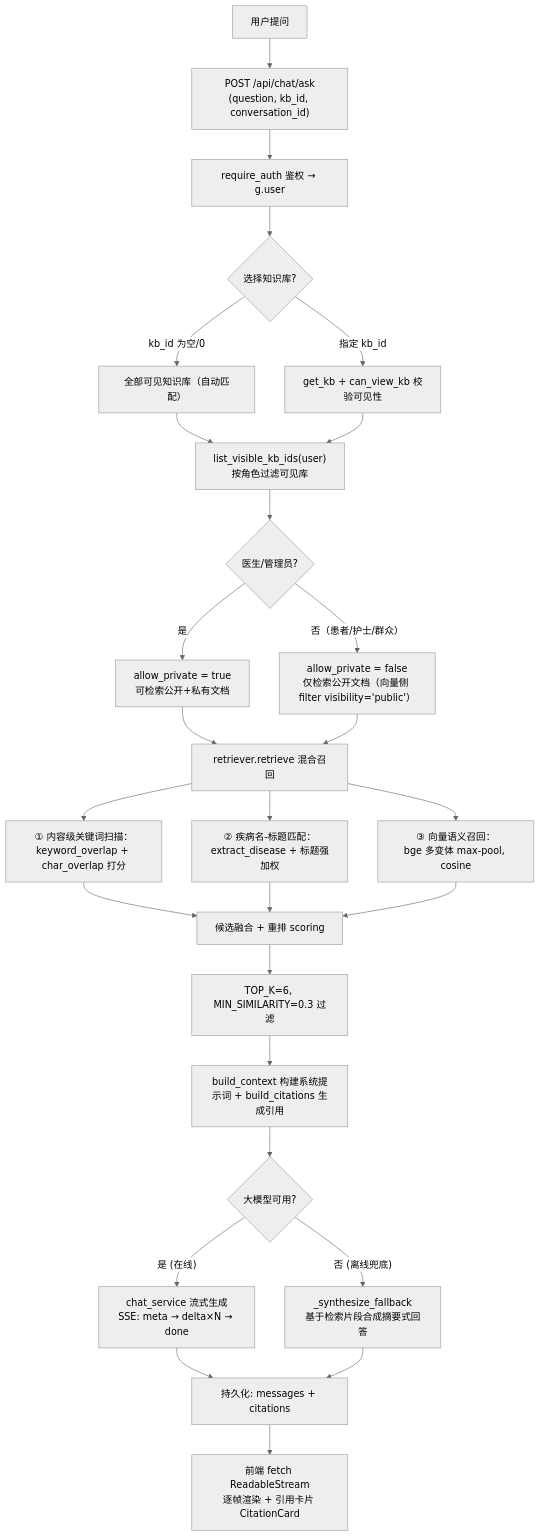
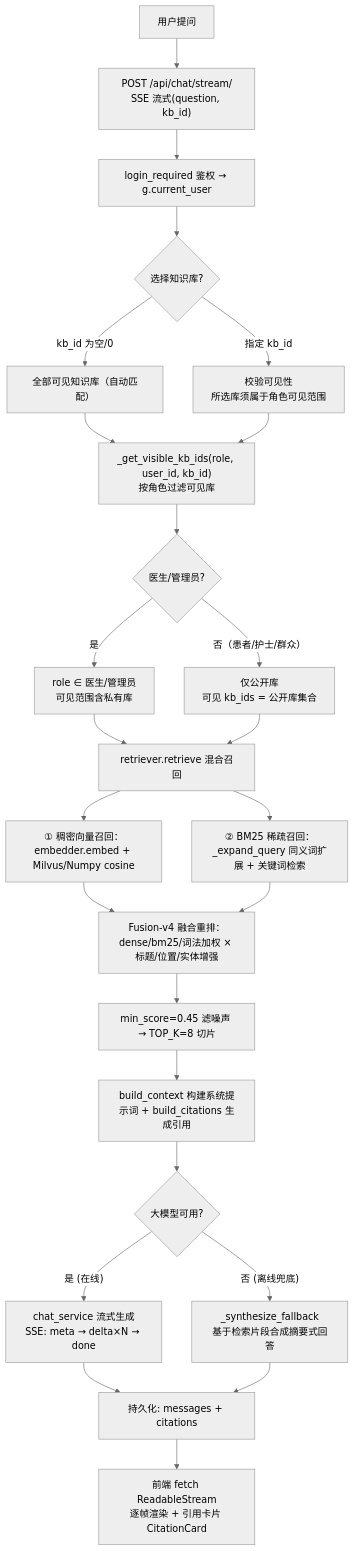
Before and after one commit to SFANBLOG/medical-assistant-master: the third of 9 diagrams in 面试准备/项目架构图与流程图.md, drawn with Mermaid (neutral theme). The commit also changed other lines of this file and 3 other files, not shown here.

````diff
--- a/面试准备/项目架构图与流程图.md
+++ b/面试准备/项目架构图与流程图.md
@@ -147,29 +148,27 @@
 ```mermaid
 flowchart TD
-    U["用户提问"] --> A["POST /api/chat/ask<br/>(question, kb_id, conversation_id)"]
-    A --> B["require_auth 鉴权 → g.user"]
+    U["用户提问"] --> A["POST /api/chat/stream/<conv_id><br/>SSE 流式(question, kb_id)"]
+    A --> B["login_required 鉴权 → g.current_user"]
     B --> C{"选择知识库?"}
     C -- " kb_id 为空/0 " --> D["全部可见知识库（自动匹配）"]
-    C -- " 指定 kb_id " --> D2["get_kb + can_view_kb 校验可见性"]
-    D --> E["list_visible_kb_ids(user)<br/>按角色过滤可见库"]
+    C -- " 指定 kb_id " --> D2["校验可见性<br/>所选库须属于角色可见范围"]
+    D --> E["_get_visible_kb_ids(role, user_id, kb_id)<br/>按角色过滤可见库"]
     D2 --> E
     E --> F{"医生/管理员?"}
-    F -- " 是 " --> G["allow_private = true<br/>可检索公开+私有文档"]
-    F -- " 否（患者/护士/群众） " --> H["allow_private = false<br/>仅检索公开文档（向量侧 filter visibility='public'）"]
+    F -- " 是 " --> G["role ∈ 医生/管理员<br/>可见范围含私有库"]
+    F -- " 否（患者/护士/群众） " --> H["仅公开库<br/>可见 kb_ids = 公开库集合"]
     G --> I["retriever.retrieve 混合召回"]
     H --> I
-    I --> J["① 内容级关键词扫描：<br/>keyword_overlap + char_overlap 打分"]
-    I --> K["② 疾病名-标题匹配：<br/>extract_disease + 标题强加权"]
-    I --> L["③ 向量语义召回：<br/>bge 多变体 max-pool, cosine"]
-    J --> M["候选融合 + 重排 scoring"]
+    I --> J["① 稠密向量召回：<br/>embedder.embed + Milvus/Numpy cosine"]
+    I --> K["② BM25 稀疏召回：<br/>_expand_query 同义词扩展 + 关键词检索"]
+    J --> M["Fusion-v4 融合重排：<br/>dense/bm25/词法加权 × 标题/位置/实体增强"]
     K --> M
-    L --> M
-    M --> N["TOP_K=6, MIN_SIMILARITY=0.3 过滤"]
+    M --> N["min_score=0.45 滤噪声 → TOP_K=8 切片"]
     N --> O["build_context 构建系统提示词 + build_citations 生成引用"]
     O --> P{"大模型可用?"}
     P -- " 是 (在线) " --> Q["chat_service 流式生成<br/>SSE: meta → delta×N → done"]
     P -- " 否 (离线兜底) " --> R["_synthesize_fallback<br/>基于检索片段合成摘要式回答"]
     Q --> S["持久化: messages + citations"]
     R --> S
     S --> T["前端 fetch ReadableStream<br/>逐帧渲染 + 引用卡片 CitationCard"]
 ```
````
